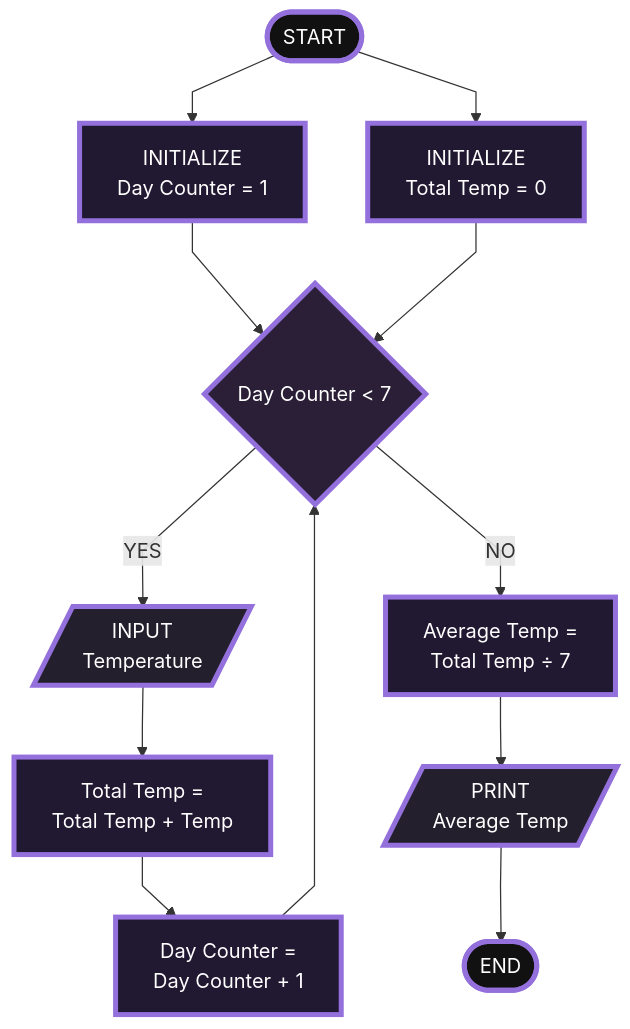
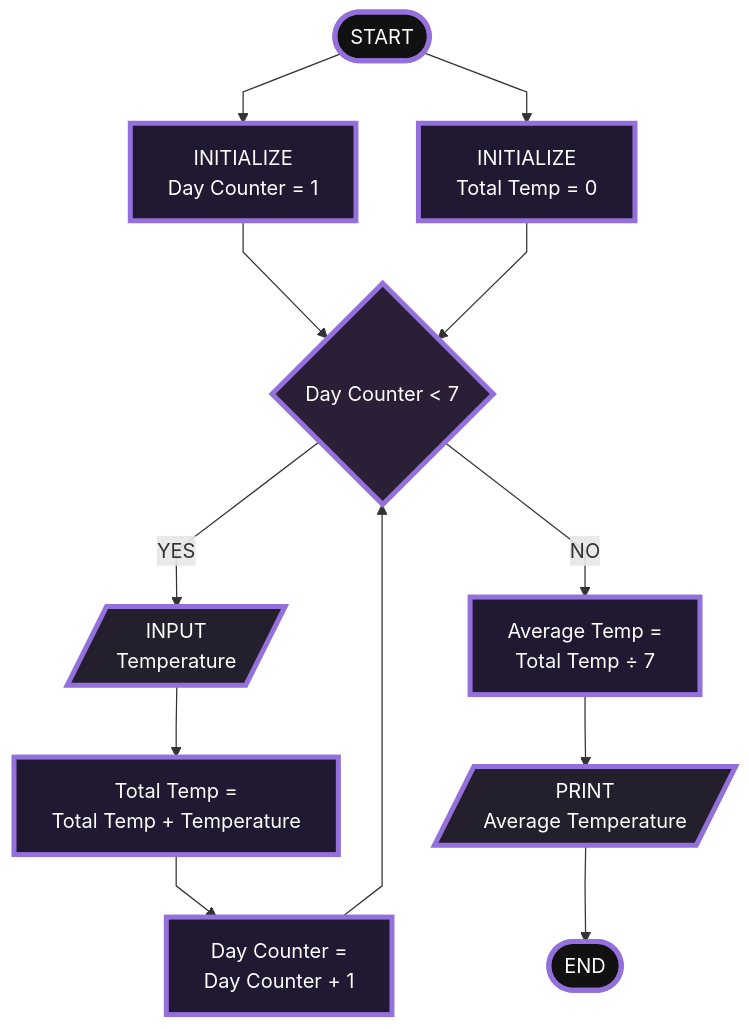
Before and after one commit to deccalum/Flowchart-WS-2: the fifth of 9 diagrams in README.md, drawn with Mermaid. The commit also changed other lines of this file, not shown here.

Commit message:
consistent flowchart and pseudocode formatting

````diff
--- a/README.md
+++ b/README.md
@@ -163,21 +166,21 @@
 ```mermaid
 %%{init: {'flowchart': {'curve': 'linear'}} }%%
 flowchart TD
     A([START]):::start --> B[INITIALIZE<br/>Day Counter = 1]:::process
     A --> C[INITIALIZE<br/>Total Temp = 0]:::process
     B & C --> D{Day Counter < 7}:::decision
     D -- YES --> E[/INPUT<br/>Temperature/]:::input
-    E --> F[Total Temp =<br/>Total Temp + Temp]:::calc
+    E --> F[Total Temp =<br/>Total Temp + Temperature]:::calc
     F --> G[Day Counter =<br/>Day Counter + 1]:::calc
     G --> D
     D -- NO --> H[Average Temp =<br/>Total Temp &div; 7]:::calc
-    H --> I[/PRINT<br/>Average Temp/]:::output
+    H --> I[/PRINT<br/>Average Temperature/]:::output
     I --> J([END]):::start
 
     classDef start color:#fff,fill:#111111,stroke:#3,stroke-width:4px
     classDef process color:#fff,fill:#211832,stroke:#3,stroke-width:4px
     classDef decision color:#fff,fill:#2a1f36,stroke:#3,stroke-width:4px
     classDef calc color:#fff,fill:#211832,stroke:#3,stroke-width:4px
     classDef input color:#fff,fill:#231f2c,stroke:#3,stroke-width:4px
     classDef output color:#fff,fill:#231f2c,stroke:#3,stroke-width:4px
 ```
````
